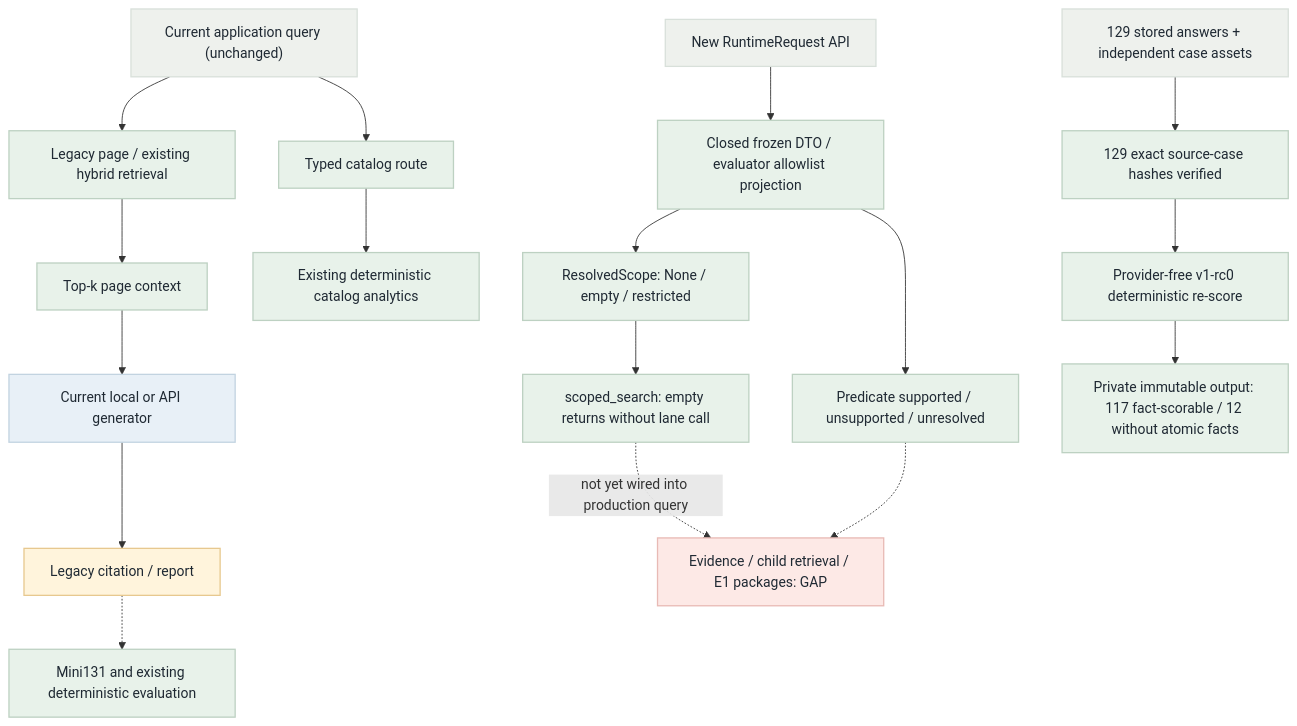
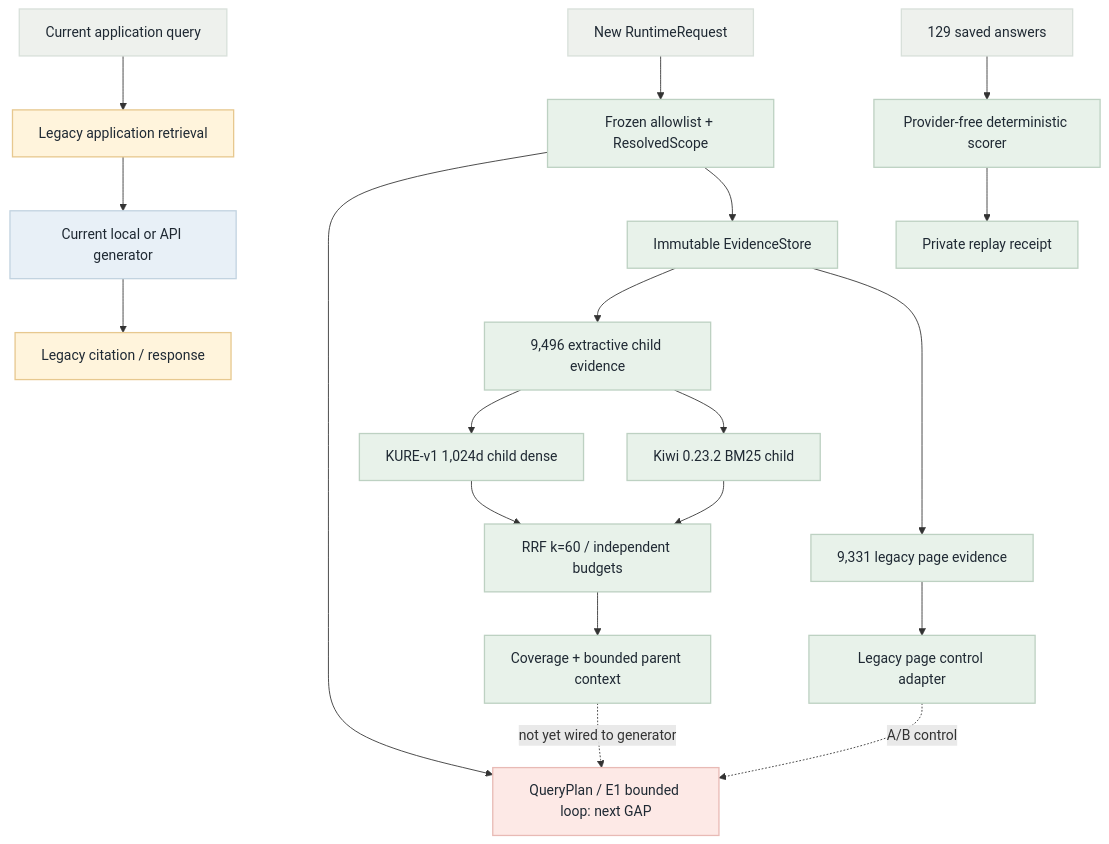
The diagram in fivecircles/architecture/specs/bidfit-evidence-harness-v1-rc0-current-flow.mmd (KongSeok/sprint-public-procurement-rag-assistant), drawn with Mermaid before and after one commit. The commit also changed 39 other files, not shown here.

Commit message:
feat(harness): add evidence-level hybrid retrieval

```diff
--- a/fivecircles/architecture/specs/bidfit-evidence-harness-v1-rc0-current-flow.mmd
+++ b/fivecircles/architecture/specs/bidfit-evidence-harness-v1-rc0-current-flow.mmd
@@ -1,29 +1,31 @@
 flowchart TD
-    Q["Current application query (unchanged)"] --> RP["Legacy page / existing hybrid retrieval"]
-    RP --> CTX["Top-k page context"]
-    CTX --> GEN["Current local or API generator"]
-    GEN --> CIT["Legacy citation / report"]
-    Q --> CAT["Typed catalog route"]
-    CAT --> AN["Existing deterministic catalog analytics"]
-    NQ["New RuntimeRequest API"] --> DTO["Closed frozen DTO / evaluator allowlist projection"]
-    DTO --> SC["ResolvedScope: None / empty / restricted"]
-    SC --> GUARD["scoped_search: empty returns without lane call"]
-    DTO --> FILTER["Predicate supported / unsupported / unresolved"]
-    GUARD -. "not yet wired into production query" .-> GAP["Evidence / child retrieval / E1 packages: GAP"]
-    FILTER -.-> GAP
-    CIT -.-> EVAL["Mini131 and existing deterministic evaluation"]
-    SAVED["129 stored answers + independent case assets"] --> HASH["129 exact source-case hashes verified"]
-    HASH --> SCORE["Provider-free v1-rc0 deterministic re-score"]
-    SCORE --> OUT["Private immutable output: 117 fact-scorable / 12 without atomic facts"]
+    Q["Current application query"] --> RP["Legacy application retrieval"]
+    RP --> GEN["Current local or API generator"]
+    GEN --> CIT["Legacy citation / response"]
+    NQ["New RuntimeRequest"] --> DTO["Frozen allowlist + ResolvedScope"]
+    DTO --> PLAN_GAP["QueryPlan / E1 bounded loop: next GAP"]
+    DTO --> STORE["Immutable EvidenceStore"]
+    STORE --> CHILD["9,496 extractive child evidence"]
+    STORE --> PAGE["9,331 legacy page evidence"]
+    CHILD --> KURE["KURE-v1 1,024d child dense"]
+    CHILD --> KIWI["Kiwi 0.23.2 BM25 child"]
+    KURE --> RRF["RRF k=60 / independent budgets"]
+    KIWI --> RRF
+    RRF --> SEL["Coverage + bounded parent context"]
+    PAGE --> CONTROL["Legacy page control adapter"]
+    SEL -. "not yet wired to generator" .-> PLAN_GAP
+    CONTROL -. "A/B control" .-> PLAN_GAP
+    SAVED["129 saved answers"] --> SCORE["Provider-free deterministic scorer"]
+    SCORE --> OUT["Private replay receipt"]
 
-    class RP,CTX,CAT,AN,EVAL,DTO,SC,GUARD,FILTER,HASH,SCORE,OUT green
+    class DTO,STORE,CHILD,PAGE,KURE,KIWI,RRF,SEL,CONTROL,SCORE,OUT green
     class GEN blue
     class Q,NQ,SAVED gray
-    class GAP red
-    class CIT amber
+    class PLAN_GAP red
+    class RP,CIT amber
 
     classDef green fill:#e8f2ea,stroke:#bdd1c2,color:#1f2933,stroke-width:1.5px
     classDef blue fill:#e8f0f7,stroke:#c2d3e0,color:#1f2933,stroke-width:1.5px
     classDef amber fill:#fff4dc,stroke:#e7c88f,color:#1f2933,stroke-width:1.5px
     classDef red fill:#fde9e6,stroke:#e8bab5,color:#1f2933,stroke-width:1.5px
     classDef gray fill:#eef1ed,stroke:#d8e0da,color:#1f2933,stroke-width:1.5px
```
